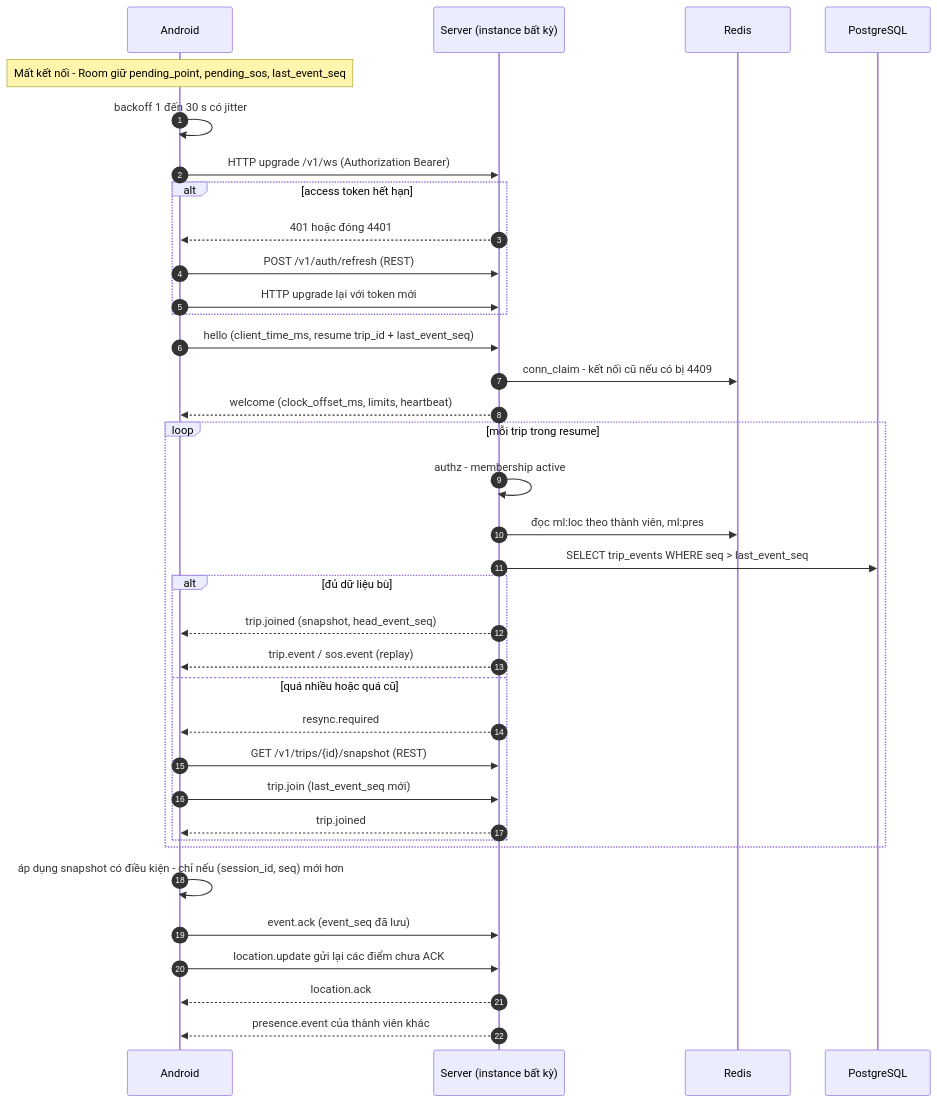
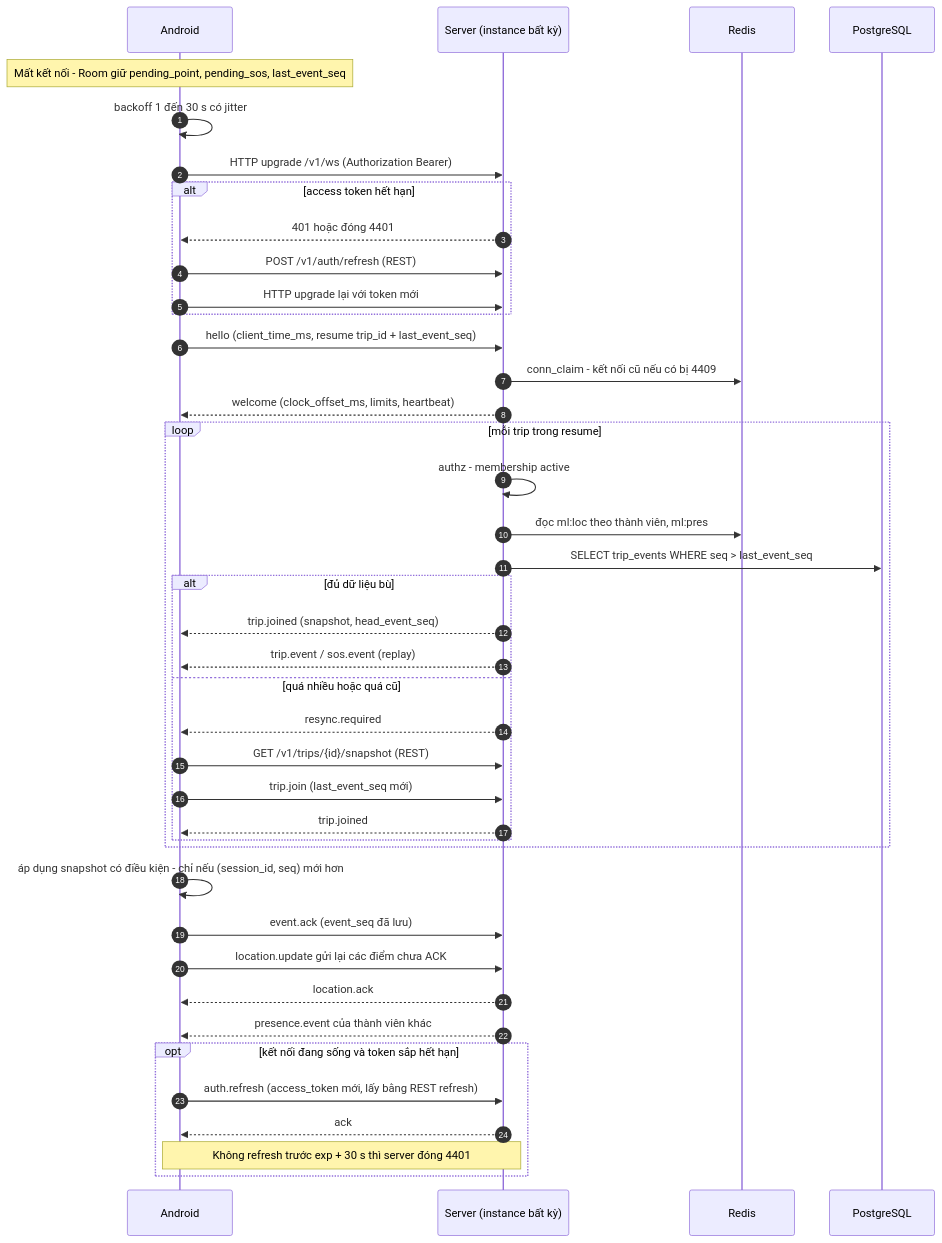
The third of 5 diagrams in docs/design/03-architecture-diagrams.md (lequanneKMA/MotoLink), drawn with Mermaid before and after one commit.

Commit message:
docs(design): add auth.refresh to reconnect sequence
Claude-Session: https://claude.ai/code/session_01LMMQwUB26zW5Zi7PdBerhm

````diff
--- a/docs/design/03-architecture-diagrams.md
+++ b/docs/design/03-architecture-diagrams.md
@@ -104,39 +104,44 @@
 ```mermaid
 sequenceDiagram
     autonumber
     participant C as Android
     participant S as Server (instance bất kỳ)
     participant R as Redis
     participant P as PostgreSQL
 
     Note over C: Mất kết nối - Room giữ pending_point, pending_sos, last_event_seq
     C->>C: backoff 1 đến 30 s có jitter
     C->>S: HTTP upgrade /v1/ws (Authorization Bearer)
     alt access token hết hạn
         S-->>C: 401 hoặc đóng 4401
         C->>S: POST /v1/auth/refresh (REST)
         C->>S: HTTP upgrade lại với token mới
     end
     C->>S: hello (client_time_ms, resume trip_id + last_event_seq)
     S->>R: conn_claim - kết nối cũ nếu có bị 4409
     S-->>C: welcome (clock_offset_ms, limits, heartbeat)
     loop mỗi trip trong resume
         S->>S: authz - membership active
         S->>R: đọc ml:loc theo thành viên, ml:pres
         S->>P: SELECT trip_events WHERE seq > last_event_seq
         alt đủ dữ liệu bù
             S-->>C: trip.joined (snapshot, head_event_seq)
             S-->>C: trip.event / sos.event (replay)
         else quá nhiều hoặc quá cũ
             S-->>C: resync.required
             C->>S: GET /v1/trips/{id}/snapshot (REST)
             C->>S: trip.join (last_event_seq mới)
             S-->>C: trip.joined
         end
     end
     C->>C: áp dụng snapshot có điều kiện - chỉ nếu (session_id, seq) mới hơn
     C->>S: event.ack (event_seq đã lưu)
     C->>S: location.update gửi lại các điểm chưa ACK
     S-->>C: location.ack
     S-->>C: presence.event của thành viên khác
+    opt kết nối đang sống và token sắp hết hạn
+        C->>S: auth.refresh (access_token mới, lấy bằng REST refresh)
+        S-->>C: ack
+        Note over C,S: Không refresh trước exp + 30 s thì server đóng 4401
+    end
 ```
````
